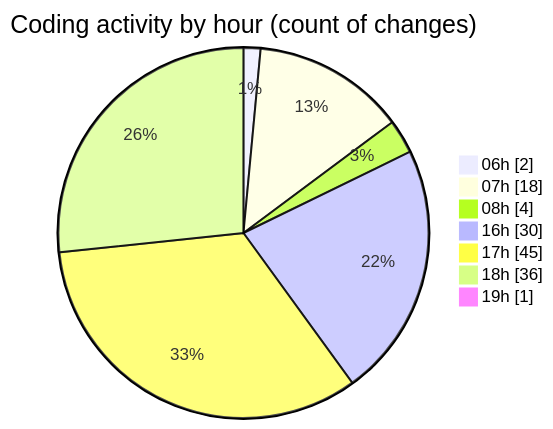
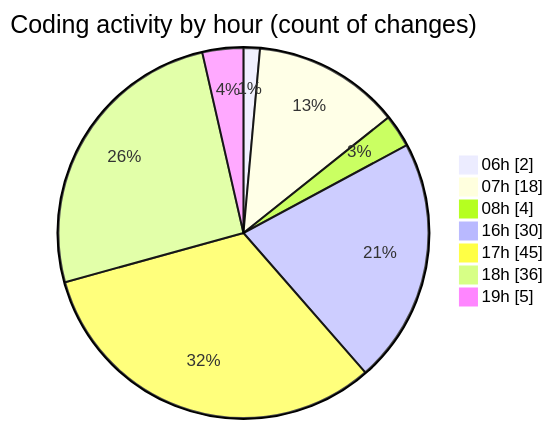
Before and after one commit to robertbonfada/code-tracking: the second of 2 diagrams in 2025-01-27/termonied-web/README.md, drawn with Mermaid. The commit also changed other lines of this file and 1 other file, not shown here.

````diff
--- a/2025-01-27/termonied-web/README.md
+++ b/2025-01-27/termonied-web/README.md
@@ -44,11 +44,11 @@
 ```mermaid
 pie showData
 title Coding activity by hour (count of changes)
 "06h" : 2
 "07h" : 18
 "08h" : 4
 "16h" : 30
 "17h" : 45
 "18h" : 36
-"19h" : 1
+"19h" : 5
 ```
````
